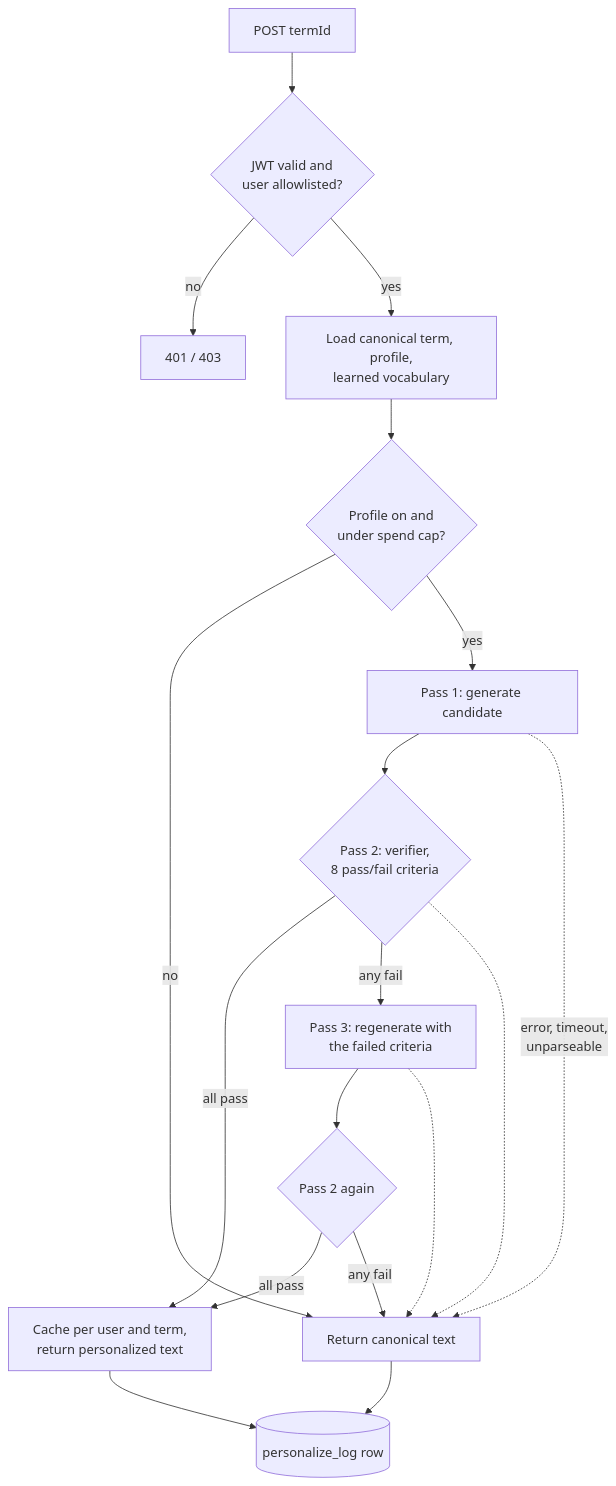
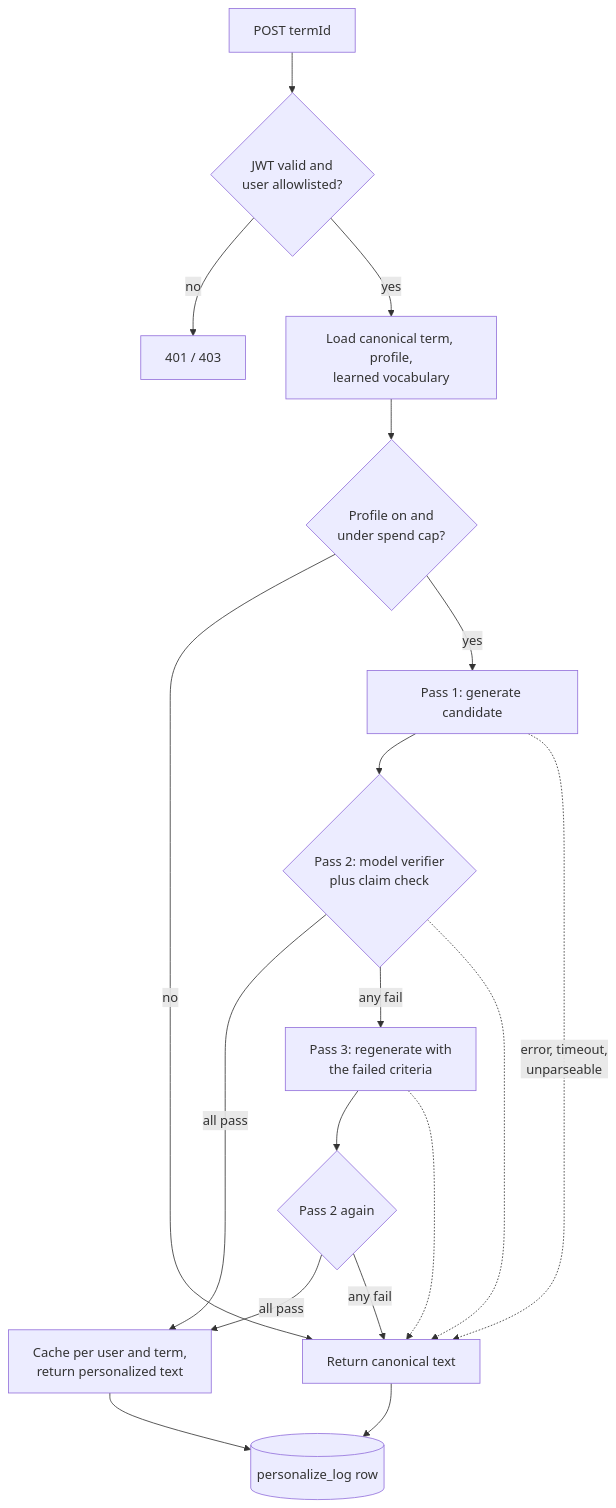
The diagram in README.md (kvmadden/jargon), drawn with Mermaid before and after one commit. The commit also changed other lines of this file and 21 other files, not shown here.

````diff
--- a/README.md
+++ b/README.md
@@ -39,20 +97,20 @@
 ```mermaid
 flowchart TD
     A["POST termId"] --> B{"JWT valid and<br/>user allowlisted?"}
     B -- no --> X["401 / 403"]
     B -- yes --> C["Load canonical term, profile,<br/>learned vocabulary"]
     C --> D{"Profile on and<br/>under spend cap?"}
     D -- no --> F["Return canonical text"]
     D -- yes --> P1["Pass 1: generate candidate"]
-    P1 --> V1{"Pass 2: verifier,<br/>8 pass/fail criteria"}
+    P1 --> V1{"Pass 2: model verifier<br/>plus claim check"}
     V1 -- all pass --> S["Cache per user and term,<br/>return personalized text"]
     V1 -- any fail --> P3["Pass 3: regenerate with<br/>the failed criteria"]
     P3 --> V2{"Pass 2 again"}
     V2 -- all pass --> S
     V2 -- any fail --> F
     P1 -. "error, timeout,<br/>unparseable" .-> F
     V1 -.-> F
     P3 -.-> F
     S --> L[("personalize_log row")]
     F --> L
 ```
````
